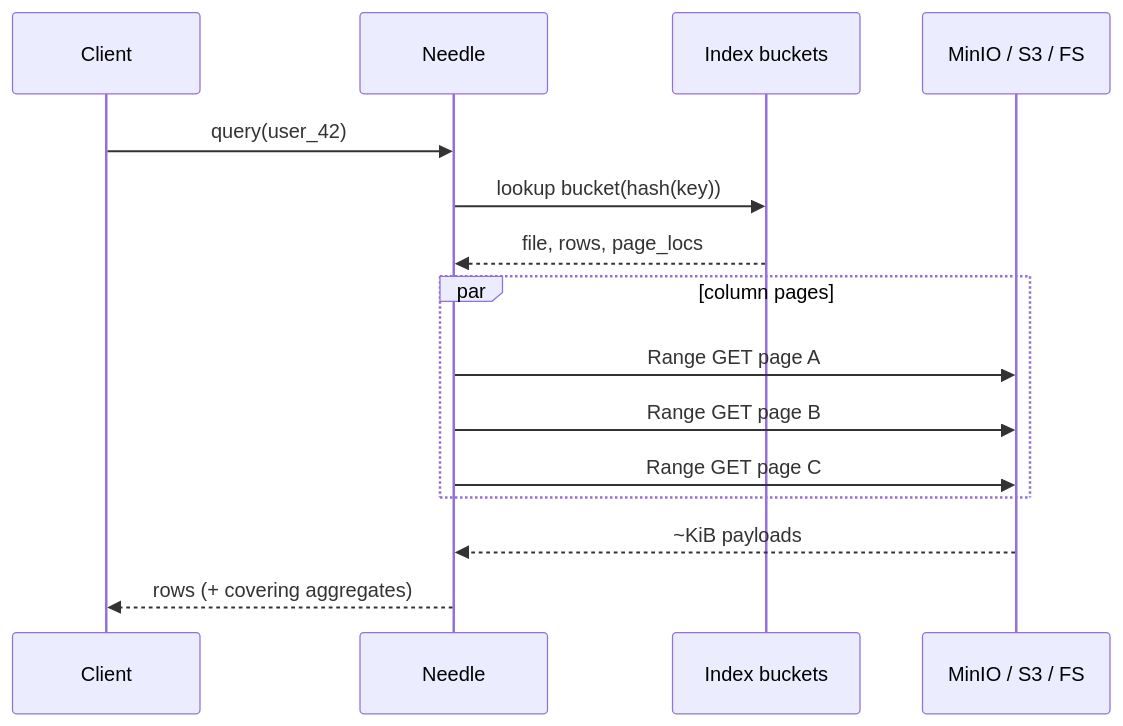
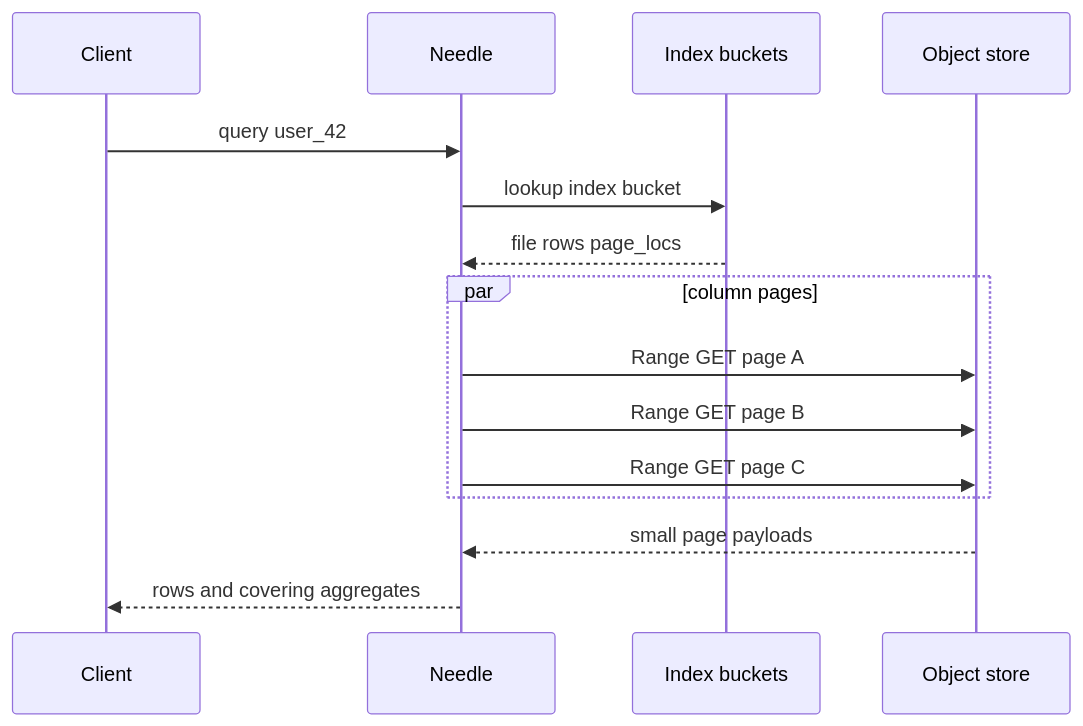
The fourth of 4 diagrams in README.md (giuliosmall/needle), drawn with Mermaid before and after one commit. The commit also changed other lines of this file, not shown here.

First line of the commit message:
Fix Mermaid diagrams for GitHub rendering

````diff
--- a/README.md
+++ b/README.md
@@ -120,17 +120,17 @@
 ```mermaid
 sequenceDiagram
   participant Client
   participant Needle
   participant Index as Index buckets
-  participant Store as MinIO / S3 / FS
-  Client->>Needle: query(user_42)
-  Needle->>Index: lookup bucket(hash(key))
-  Index-->>Needle: file, rows, page_locs
+  participant Store as Object store
+  Client->>Needle: query user_42
+  Needle->>Index: lookup index bucket
+  Index-->>Needle: file rows page_locs
   par column pages
     Needle->>Store: Range GET page A
     Needle->>Store: Range GET page B
     Needle->>Store: Range GET page C
   end
-  Store-->>Needle: ~KiB payloads
-  Needle-->>Client: rows (+ covering aggregates)
+  Store-->>Needle: small page payloads
+  Needle-->>Client: rows and covering aggregates
 ```
````
